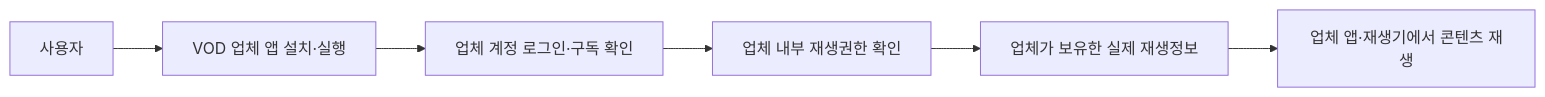
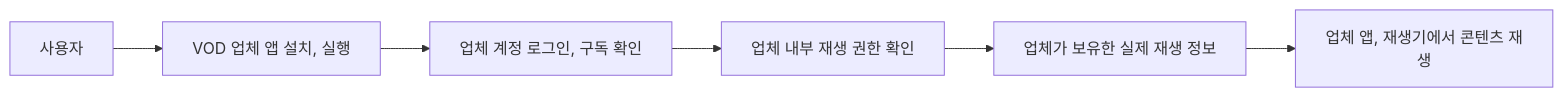
One commit to growdai1y/instant-play changed the sixth of 11 diagrams in instant_play_직무발명서.md. Above: the diagram before and after it, drawn with Mermaid. The commit also changed other lines of this file, not shown here.

Commit message:
Polish invention disclosure wording and diagrams

````diff
--- a/instant_play_직무발명서.md
+++ b/instant_play_직무발명서.md
@@ -1027,8 +1189,8 @@
 ```mermaid
 flowchart LR
-    USER["사용자"] --> APP["VOD 업체 앱 설치·실행"]
-    APP --> LOGIN["업체 계정 로그인·구독 확인"]
-    LOGIN --> RIGHTS["업체 내부 재생권한 확인"]
-    RIGHTS --> INFO["업체가 보유한 실제 재생정보"]
-    INFO --> PLAYER["업체 앱·재생기에서 콘텐츠 재생"]
+    USER["사용자"] --> APP["VOD 업체 앱 설치, 실행"]
+    APP --> LOGIN["업체 계정 로그인, 구독 확인"]
+    LOGIN --> RIGHTS["업체 내부 재생 권한 확인"]
+    RIGHTS --> INFO["업체가 보유한 실제 재생 정보"]
+    INFO --> PLAYER["업체 앱, 재생기에서 콘텐츠 재생"]
 ```
````
